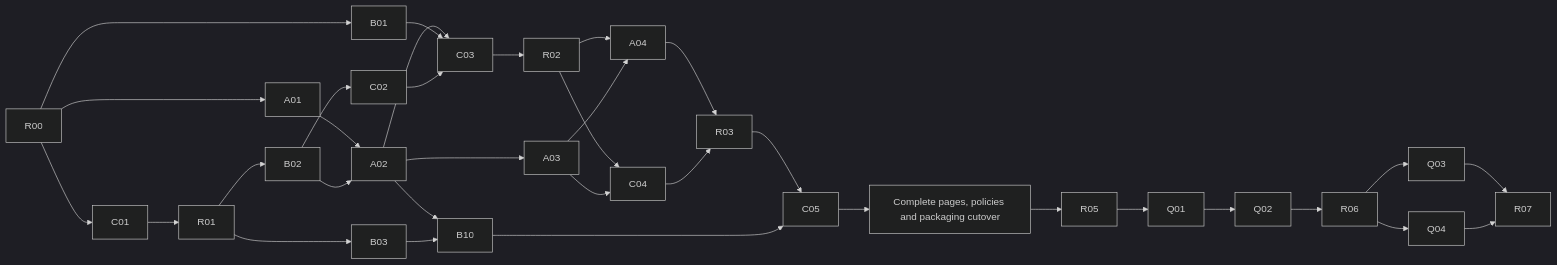
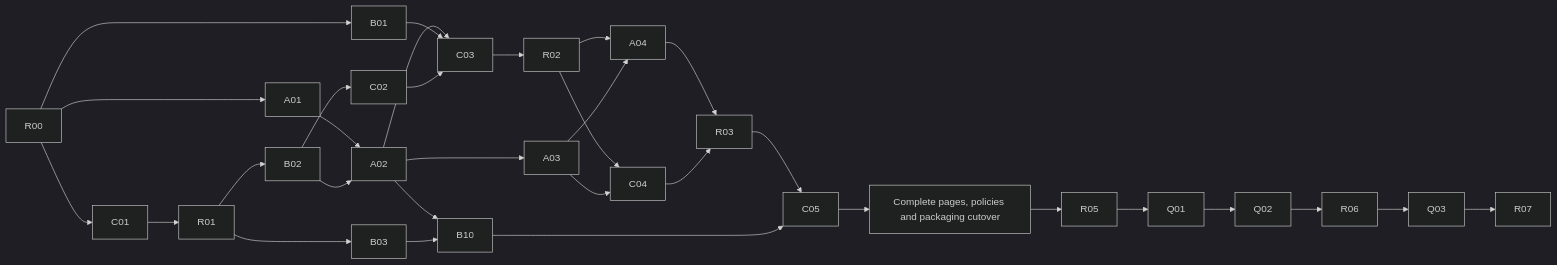
Before and after one commit to LevitateOS/sodaos: the second of 2 diagrams in docs/development/forgejo-extensions-plan.md, drawn with Mermaid (dark theme). The commit also changed other lines of this file and 14 other files, not shown here.

````diff
--- a/docs/development/forgejo-extensions-plan.md
+++ b/docs/development/forgejo-extensions-plan.md
@@ -465,32 +459,30 @@
 ```mermaid
 flowchart LR
     R00 --> A01
     R00 --> B01
     R00 --> C01
     C01 --> R01 --> B02
     A01 --> A02
     B02 --> A02
     B02 --> C02
     A02 --> C03
     B01 --> C03
     C02 --> C03
     C03 --> R02
     A02 --> A03
     R01 --> B03
     A02 --> B10
     B03 --> B10
     R02 --> A04
     A03 --> A04
     R02 --> C04
     A03 --> C04
     A04 --> R03
     C04 --> R03
     R03 --> C05
     B10 --> C05
     C05 --> CUT[Complete pages, policies and packaging cutover]
     CUT --> R05 --> Q01 --> Q02 --> R06
     R06 --> Q03
-    R06 --> Q04
     Q03 --> R07
-    Q04 --> R07
 ```
````
